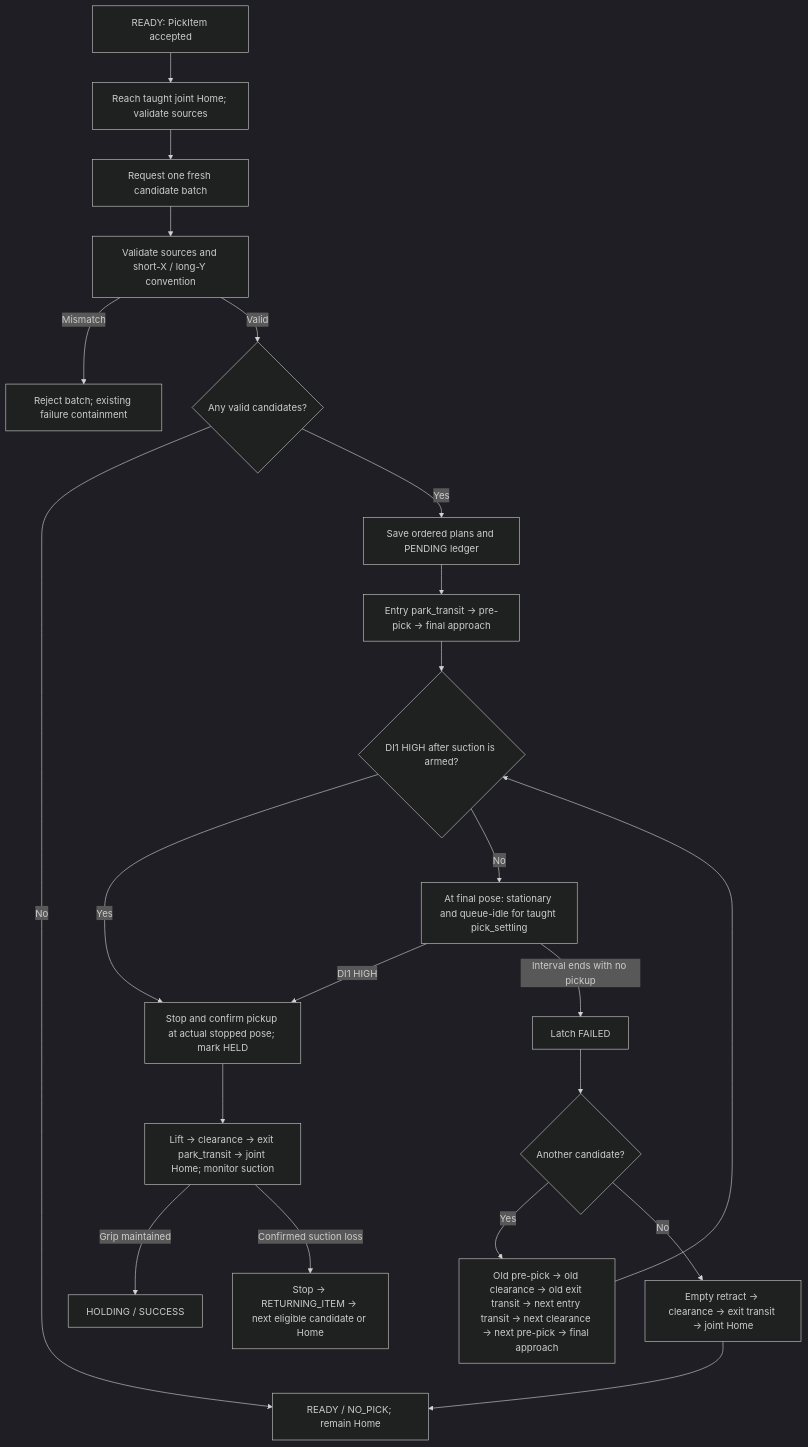
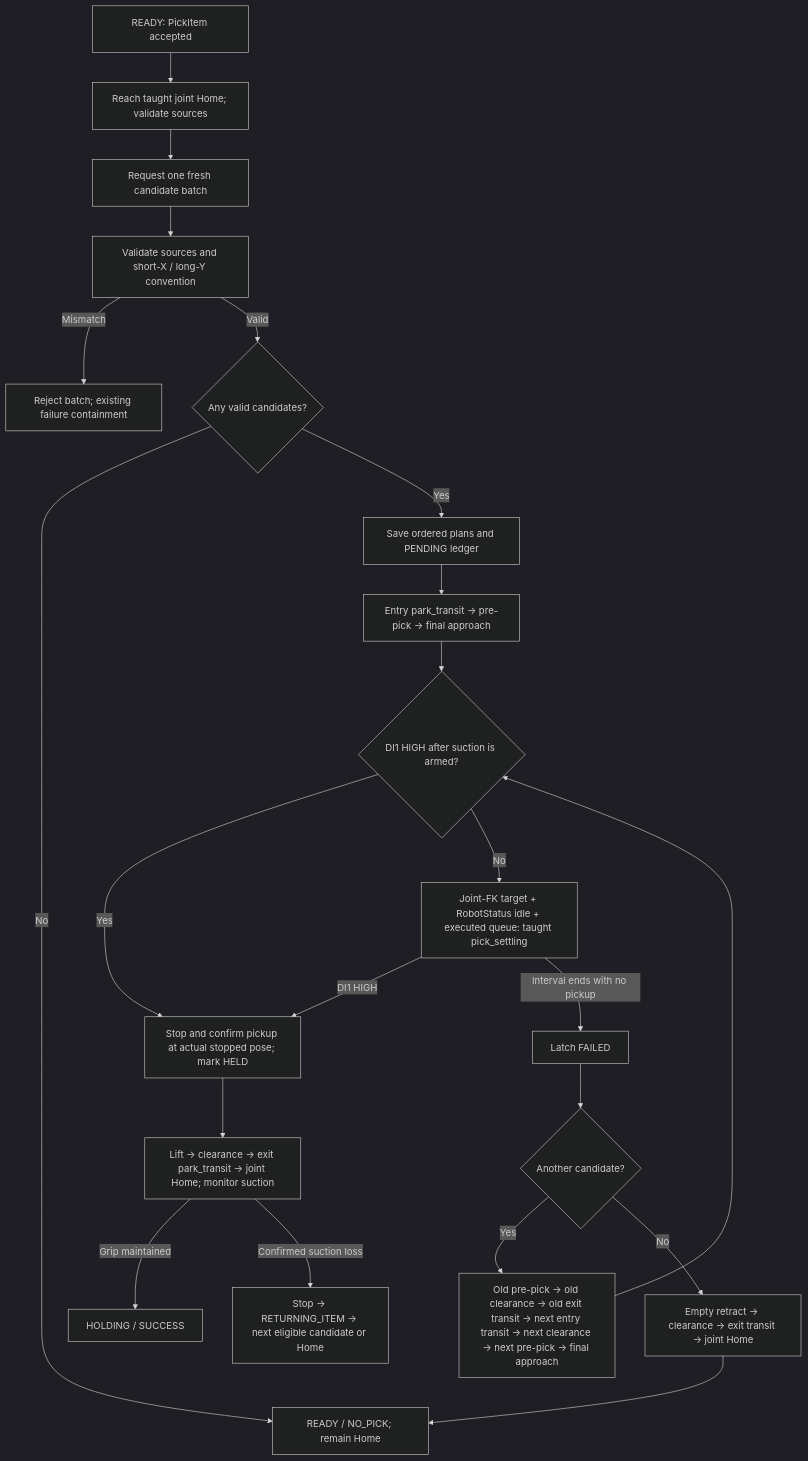
Before and after one commit to esgange/dobot_picknplace_yolo: the second of 7 diagrams in docs/ROBOT_CONTROLLER_FSM.md, drawn with Mermaid (dark theme). The commit also changed other lines of this file and 20 other files, not shown here.

Commit message:
Verify controller positions from joint and idle status feedback

````diff
--- a/docs/ROBOT_CONTROLLER_FSM.md
+++ b/docs/ROBOT_CONTROLLER_FSM.md
@@ -184,24 +191,24 @@
 ```mermaid
 flowchart TD
     Request["READY: PickItem accepted"] --> Home["Reach taught joint Home; validate sources"]
     Home --> Detect["Request one fresh candidate batch"]
     Detect --> Validate["Validate sources and short-X / long-Y convention"]
     Validate -->|Mismatch| Reject["Reject batch; existing failure containment"]
     Validate -->|Valid| Any{"Any valid candidates?"}
     Any -->|No| Empty["READY / NO_PICK; remain Home"]
     Any -->|Yes| Plan["Save ordered plans and PENDING ledger"]
     Plan --> Entry["Entry park_transit → pre-pick → final approach"]
     Entry --> Sense{"DI1 HIGH after suction is armed?"}
     Sense -->|Yes| Acquire["Stop and confirm pickup at actual stopped pose; mark HELD"]
-    Sense -->|No| Settle["At final pose: stationary and queue-idle for taught pick_settling"]
+    Sense -->|No| Settle["Joint-FK target + RobotStatus idle + executed queue: taught pick_settling"]
     Settle -->|DI1 HIGH| Acquire
     Settle -->|Interval ends with no pickup| Miss["Latch FAILED"]
     Acquire --> HeldReturn["Lift → clearance → exit park_transit → joint Home; monitor suction"]
     HeldReturn -->|Grip maintained| Success["HOLDING / SUCCESS"]
     HeldReturn -->|Confirmed suction loss| PutBack["Stop → RETURNING_ITEM → next eligible candidate or Home"]
     Miss --> More{"Another candidate?"}
     More -->|Yes| Retry["Old pre-pick → old clearance → old exit transit → next entry transit → next clearance → next pre-pick → final approach"]
     Retry --> Sense
     More -->|No| Exhausted["Empty retract → clearance → exit transit → joint Home"]
     Exhausted --> Empty
 ```
````
